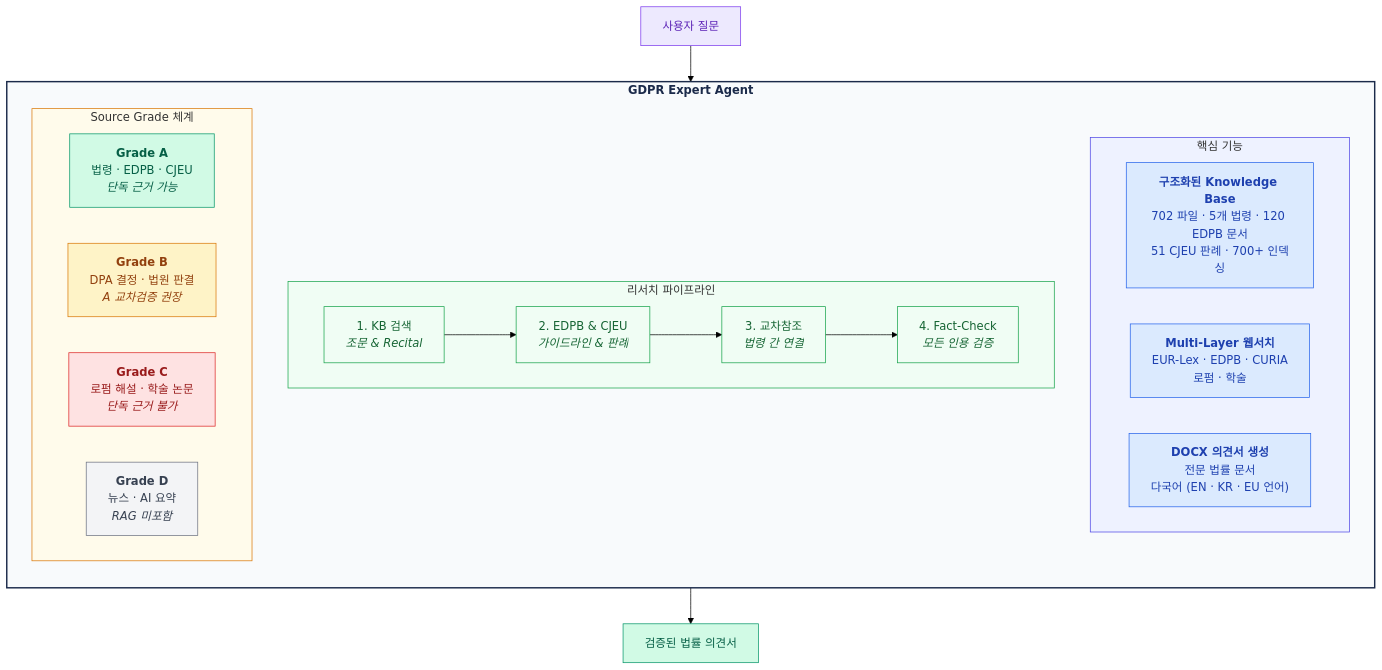
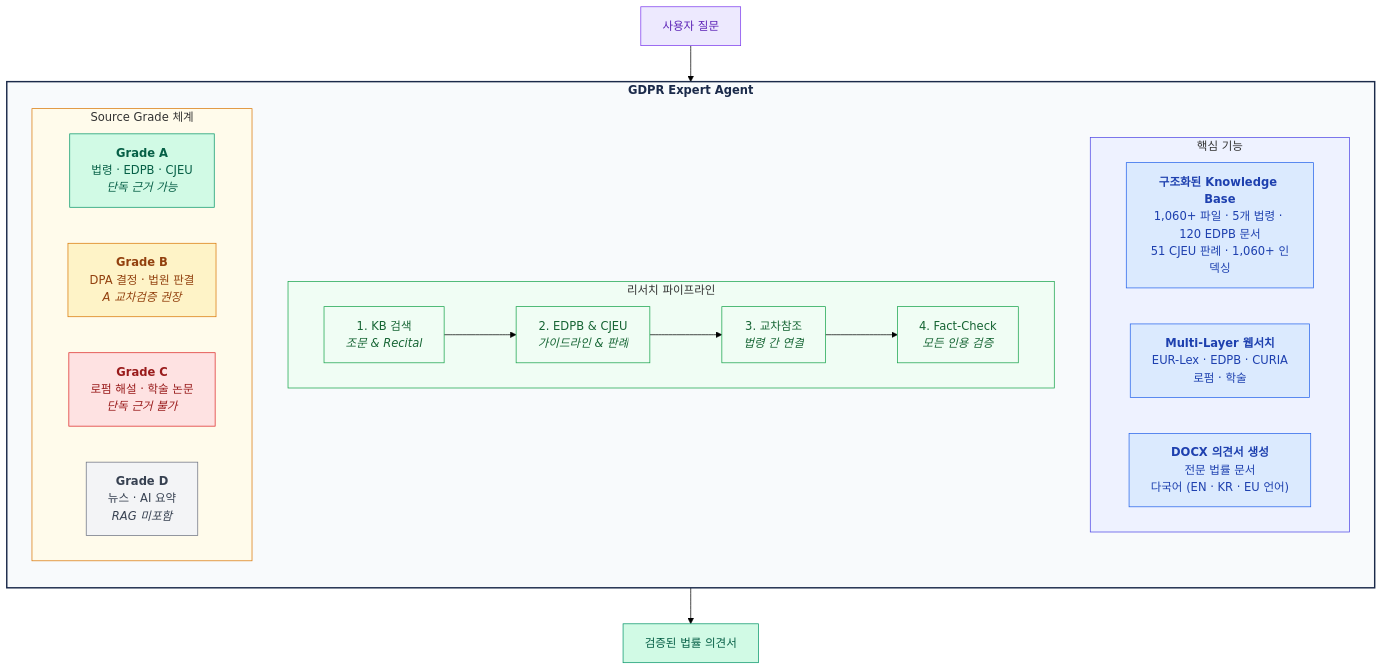
One commit to lowtidebuild/GDPR-expert changed the first of 3 diagrams in README.ko.md. Above: the diagram before and after it, drawn with Mermaid (forest theme). The commit also changed other lines of this file and 9 other files, not shown here.

````diff
--- a/README.ko.md
+++ b/README.ko.md
@@ -54,51 +54,51 @@
 ```mermaid
 graph TB
     subgraph agent["<b>GDPR Expert Agent</b>"]
         direction TB
 
         subgraph core["핵심 기능"]
             direction LR
-            KB["<b>구조화된 Knowledge Base</b><br/>702 파일 · 5개 법령 · 120 EDPB 문서<br/>51 CJEU 판례 · 700+ 인덱싱"]
+            KB["<b>구조화된 Knowledge Base</b><br/>1,060+ 파일 · 5개 법령 · 120 EDPB 문서<br/>51 CJEU 판례 · 1,060+ 인덱싱"]
             WS["<b>Multi-Layer 웹서치</b><br/>EUR-Lex · EDPB · CURIA<br/>로펌 · 학술"]
             DX["<b>DOCX 의견서 생성</b><br/>전문 법률 문서<br/>다국어 (EN · KR · EU 언어)"]
         end
 
         subgraph pipeline["리서치 파이프라인"]
             direction LR
             S1["1. KB 검색<br/><i>조문 & Recital</i>"]
             S2["2. EDPB & CJEU<br/><i>가이드라인 & 판례</i>"]
             S3["3. 교차참조<br/><i>법령 간 연결</i>"]
             S4["4. Fact-Check<br/><i>모든 인용 검증</i>"]
             S1 --> S2 --> S3 --> S4
         end
 
         subgraph grades["Source Grade 체계"]
             direction LR
             GA["<b>Grade A</b><br/>법령 · EDPB · CJEU<br/><i>단독 근거 가능</i>"]
             GB["<b>Grade B</b><br/>DPA 결정 · 법원 판결<br/><i>A 교차검증 권장</i>"]
             GC["<b>Grade C</b><br/>로펌 해설 · 학술 논문<br/><i>단독 근거 불가</i>"]
             GD["<b>Grade D</b><br/>뉴스 · AI 요약<br/><i>RAG 미포함</i>"]
         end
     end
 
     Q["사용자 질문"] --> S1
     S4 --> O["검증된 법률 의견서"]
 
     style agent fill:#f8fafc,stroke:#1B2A4A,stroke-width:2px,color:#1B2A4A
     style core fill:#eef2ff,stroke:#4f46e5,stroke-width:1px
     style pipeline fill:#f0fdf4,stroke:#16a34a,stroke-width:1px
     style grades fill:#fffbeb,stroke:#d97706,stroke-width:1px
     style KB fill:#dbeafe,stroke:#2563eb,color:#1e40af
     style WS fill:#dbeafe,stroke:#2563eb,color:#1e40af
     style DX fill:#dbeafe,stroke:#2563eb,color:#1e40af
     style GA fill:#d1fae5,stroke:#059669,color:#065f46
     style GB fill:#fef3c7,stroke:#d97706,color:#92400e
     style GC fill:#fee2e2,stroke:#dc2626,color:#991b1b
     style GD fill:#f3f4f6,stroke:#6b7280,color:#374151
     style Q fill:#ede9fe,stroke:#7c3aed,color:#5b21b6
     style O fill:#d1fae5,stroke:#059669,color:#065f46
     style S1 fill:#f0fdf4,stroke:#16a34a,color:#166534
     style S2 fill:#f0fdf4,stroke:#16a34a,color:#166534
     style S3 fill:#f0fdf4,stroke:#16a34a,color:#166534
     style S4 fill:#f0fdf4,stroke:#16a34a,color:#166534
 ```
````
